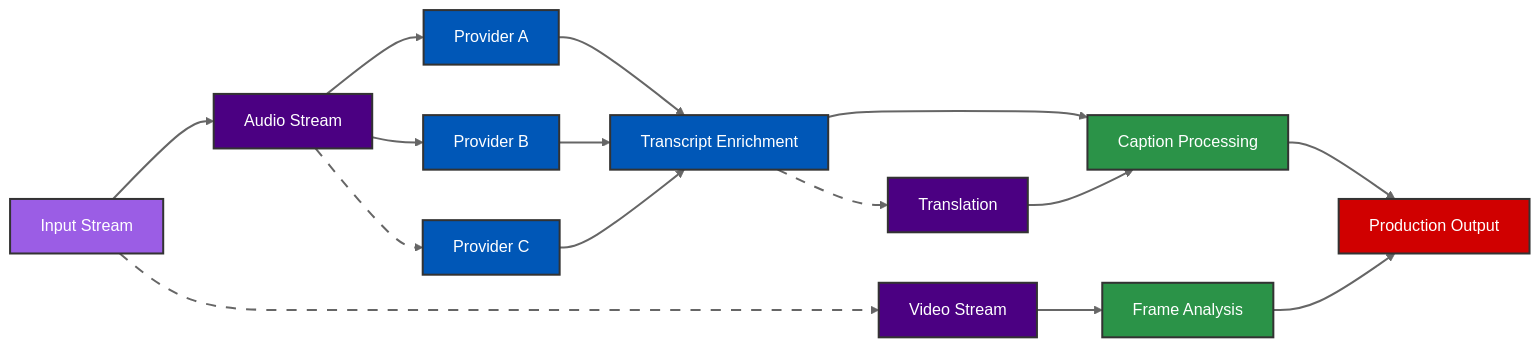
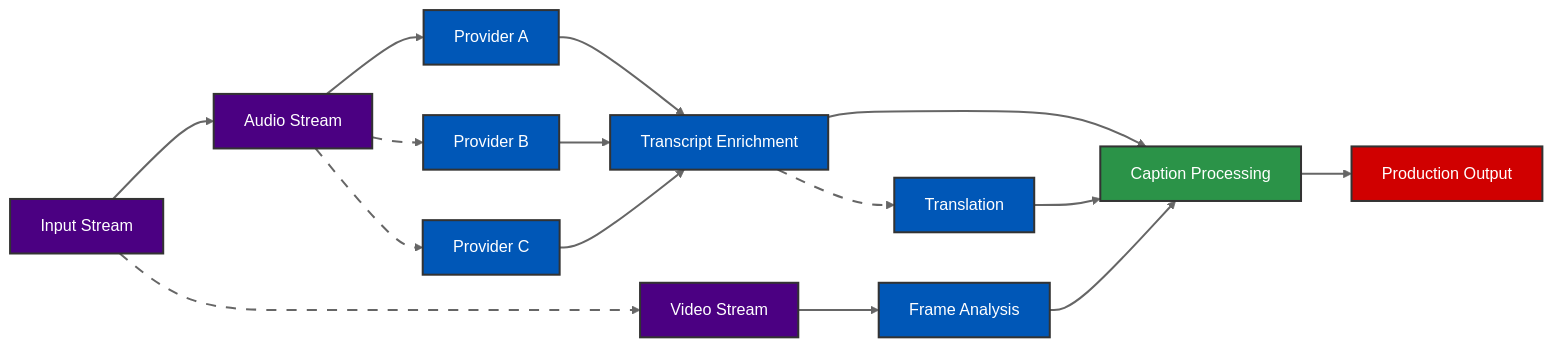
One commit to brettdavies/echoai.studio changed the diagram in slidev/presentations/001-demo-day/slides.md. Above: the diagram before and after it, drawn with Mermaid (neutral theme). The commit also changed other lines of this file, not shown here.

````diff
--- a/slidev/presentations/001-demo-day/slides.md
+++ b/slidev/presentations/001-demo-day/slides.md
@@ -194,37 +238,37 @@
 ```mermaid
 graph LR
     IS[Input Stream] --> AS[Audio Stream]
     IS --> VS2[Video Stream]
 
     AS --> T1[Provider A]
     AS --> T2[Provider B]
     AS --> T3[Provider C]
 
     T1 --> TE[Transcript Enrichment]
     T2 --> TE
     T3 --> TE
 
     TE --> TL[Translation]
     TE --> C[Caption Processing]
     TL --> C
 
     VS2 --> FA[Frame Analysis]
 
     C --> PO[Production Output]
-    FA --> PO
+    FA --> C[Caption Processing]
 
     linkStyle default stroke-width:2px
-    linkStyle 1,4,8 stroke-width:2px,stroke-dasharray:10
+    linkStyle 1,3,4,8 stroke-width:2px,stroke-dasharray:10
 
-    style IS fill:#9b5de5,stroke:#333,color:white,stroke-width:2px
+    style IS fill:#4B0082,stroke:#333,color:white,stroke-width:2px
     style AS fill:#4B0082,stroke:#333,color:white,stroke-width:2px
     style VS2 fill:#4B0082,stroke:#333,color:white,stroke-width:2px
     style T1 fill:#0057B7,stroke:#333,color:white,stroke-width:2px
     style T2 fill:#0057B7,stroke:#333,color:white,stroke-width:2px
     style T3 fill:#0057B7,stroke:#333,color:white,stroke-width:2px
     style TE fill:#0057B7,stroke:#333,color:white,stroke-width:2px
-    style TL fill:#4B0082,stroke:#333,color:white,stroke-width:2px
+    style TL fill:#0057B7,stroke:#333,color:white,stroke-width:2px
     style C fill:#2b9348,stroke:#333,color:white,stroke-width:2px
-    style FA fill:#2b9348,stroke:#333,color:white,stroke-width:2px
+    style FA fill:#0057B7,stroke:#333,color:white,stroke-width:2px
     style PO fill:#d00000,stroke:#333,color:white,stroke-width:2px
 ```
````
